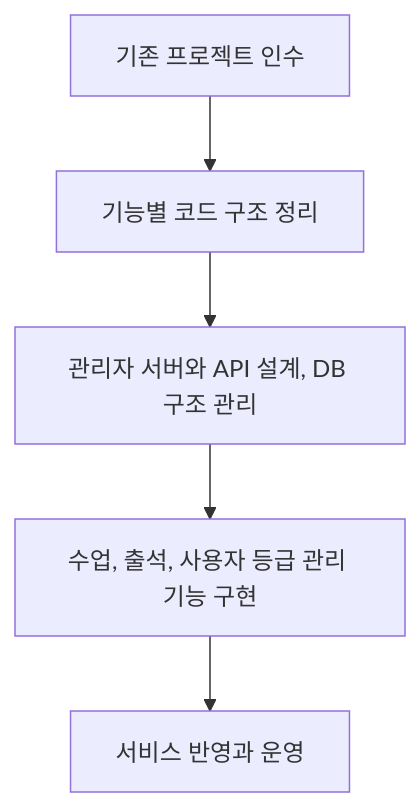
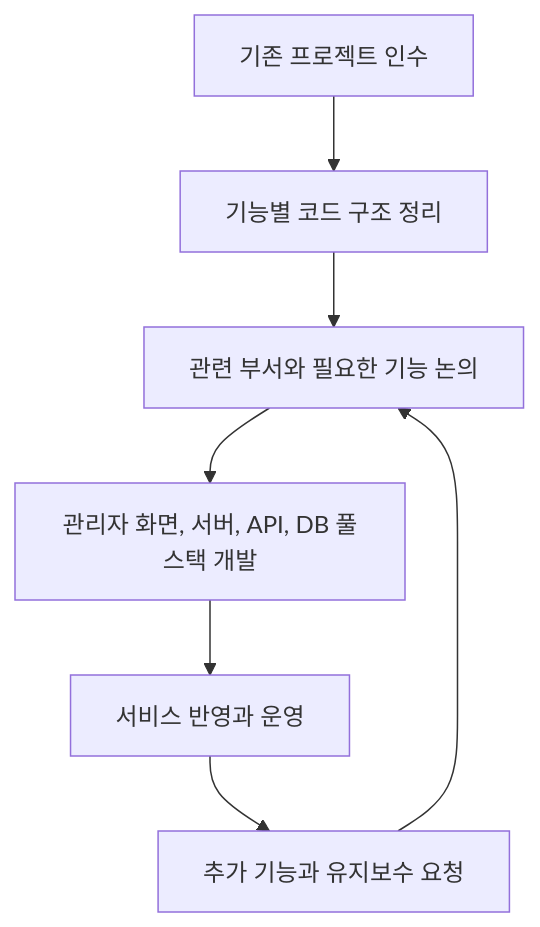
One commit to KimHG1995/work-history changed the diagram in projects/education-services/b2c-admin.md. Above: the diagram before and after it, drawn with Mermaid. The commit also changed other lines of this file and 4 other files, not shown here.

Commit message:
docs: 관리자 풀스택 개발과 퇴사 전까지 유지보수 반영

````diff
--- a/projects/education-services/b2c-admin.md
+++ b/projects/education-services/b2c-admin.md
@@ -32,7 +36,9 @@
 ```mermaid
 flowchart TD
     handover["기존 프로젝트 인수"] --> organize["기능별 코드 구조 정리"]
-    organize --> api["관리자 서버와 API 설계, DB 구조 관리"]
-    api --> features["수업, 출석, 사용자 등급 관리 기능 구현"]
-    features --> operation["서비스 반영과 운영"]
+    organize --> discuss["관련 부서와 필요한 기능 논의"]
+    discuss --> develop["관리자 화면, 서버, API, DB 풀스택 개발"]
+    develop --> operation["서비스 반영과 운영"]
+    operation --> request["추가 기능과 유지보수 요청"]
+    request --> discuss
 ```
````
